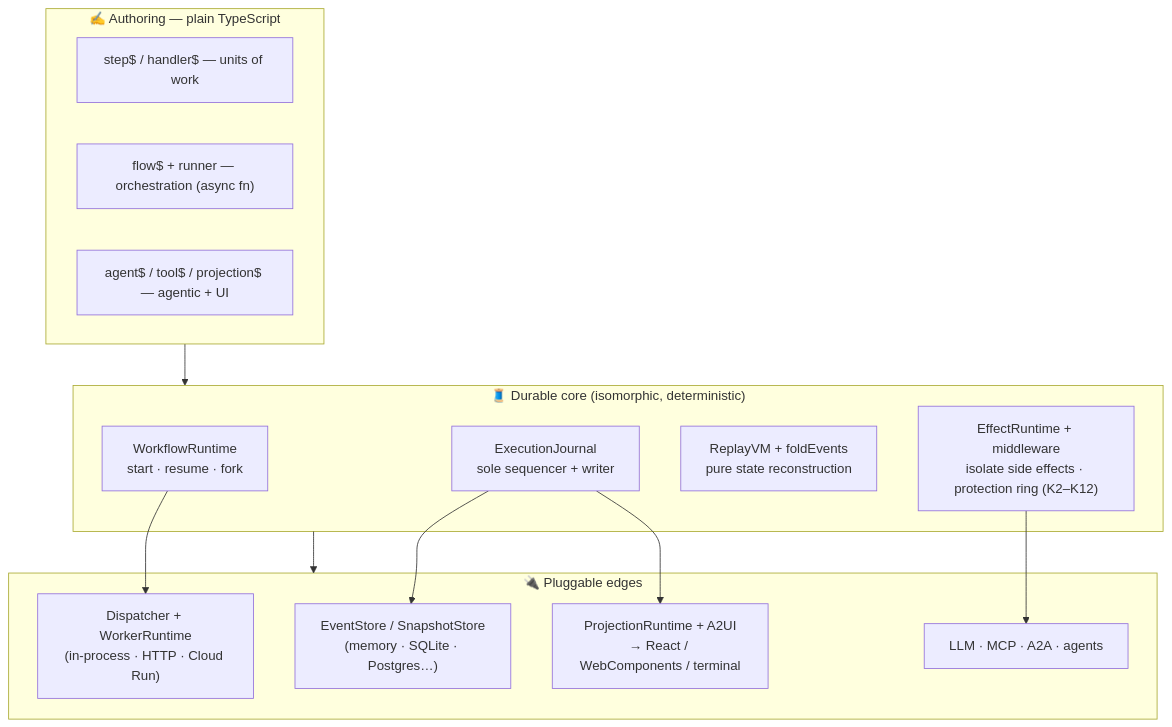
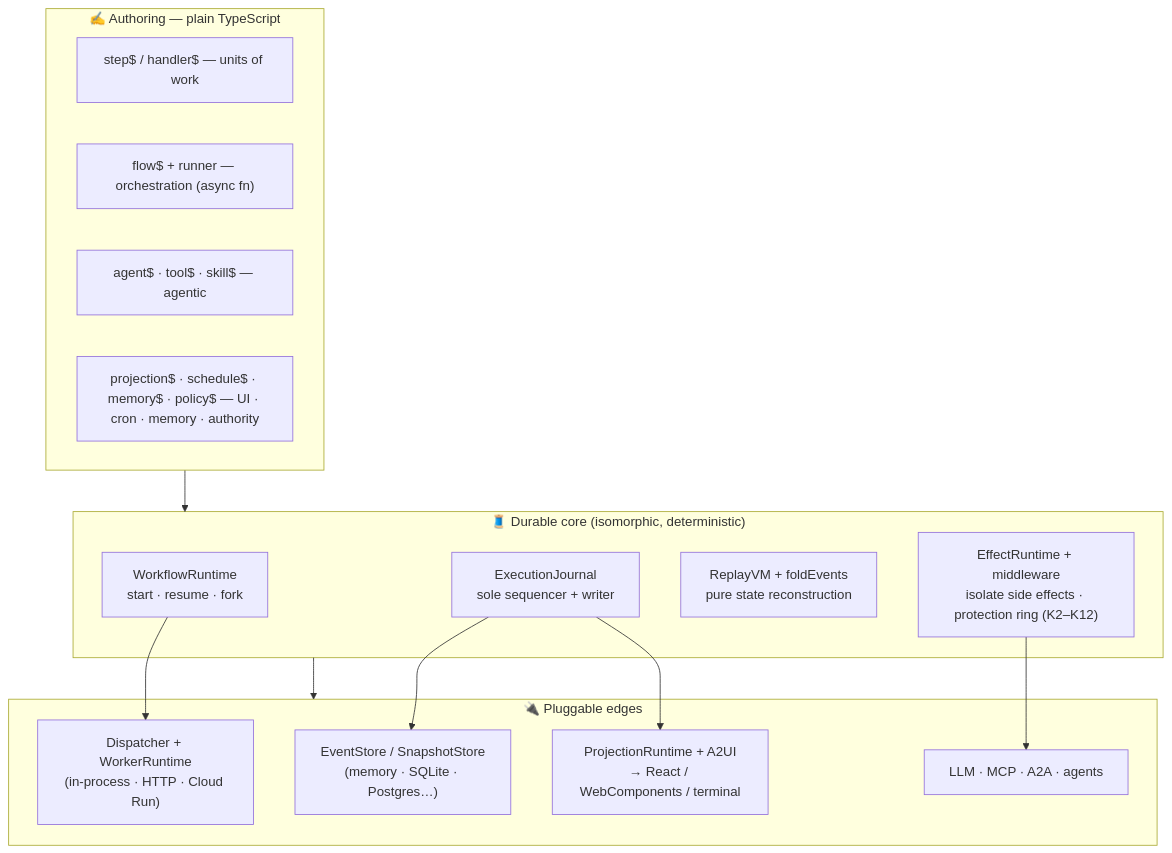
Before and after one commit to chhetrisushil/loom: the second of 12 diagrams in docs/architecture.md, drawn with Mermaid. The commit also changed other lines of this file, not shown here.

First line of the commit message:
docs(architecture): sync architecture.md + diagrams with recent work

````diff
--- a/docs/architecture.md
+++ b/docs/architecture.md
@@ -115,29 +115,30 @@
 ```mermaid
 flowchart TB
   subgraph Authoring["✍️  Authoring — plain TypeScript"]
     A1["step$ / handler$ — units of work"]
     A2["flow$ + runner — orchestration (async fn)"]
-    A3["agent$ / tool$ / projection$ — agentic + UI"]
+    A3["agent$ · tool$ · skill$ — agentic"]
+    A4["projection$ · schedule$ · memory$ · policy$ — UI · cron · memory · authority"]
   end
 
   subgraph Core["🧵  Durable core (isomorphic, deterministic)"]
     C1["WorkflowRuntime<br/>start · resume · fork"]
     C2["ExecutionJournal<br/>sole sequencer + writer"]
     C3["ReplayVM + foldEvents<br/>pure state reconstruction"]
     C4["EffectRuntime + middleware<br/>isolate side effects · protection ring (K2–K12)"]
   end
 
   subgraph Edges["🔌  Pluggable edges"]
     E1["EventStore / SnapshotStore<br/>(memory · SQLite · Postgres…)"]
     E2["ProjectionRuntime + A2UI<br/>→ React / WebComponents / terminal"]
     E3["Dispatcher + WorkerRuntime<br/>(in-process · HTTP · Cloud Run)"]
     E4["LLM · MCP · A2A · agents"]
   end
 
   Authoring --> Core
   Core --> Edges
   C2 --> E1
   C2 --> E2
   C1 --> E3
   C4 --> E4
 ```
````
